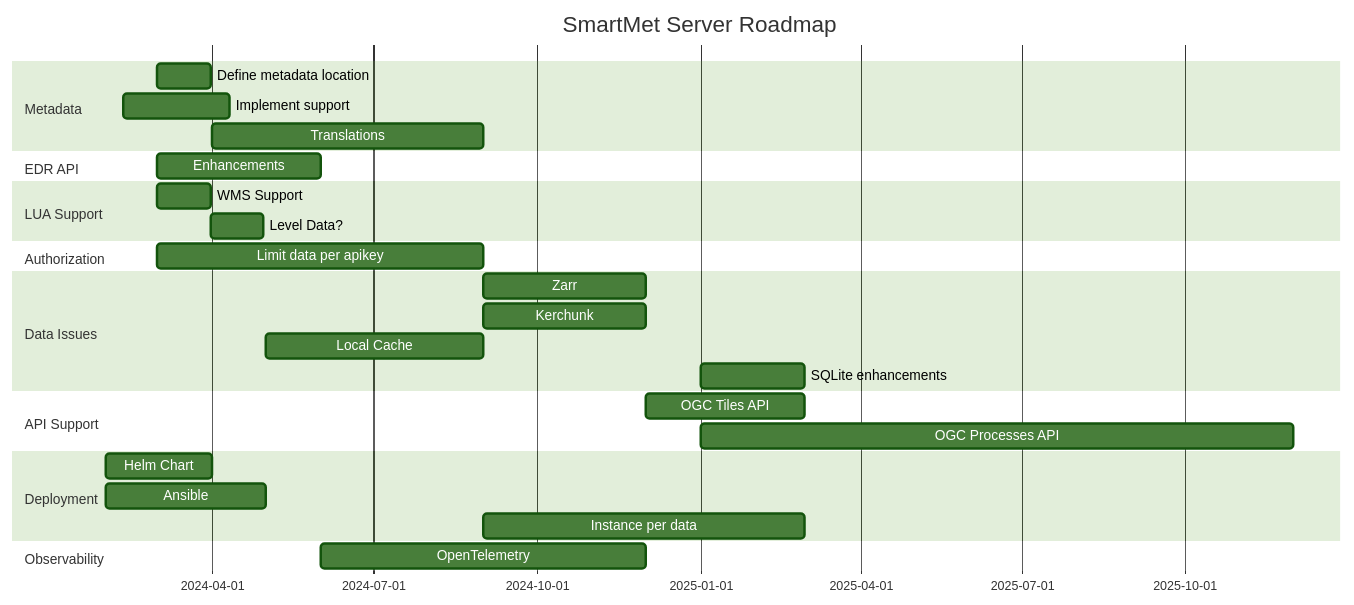
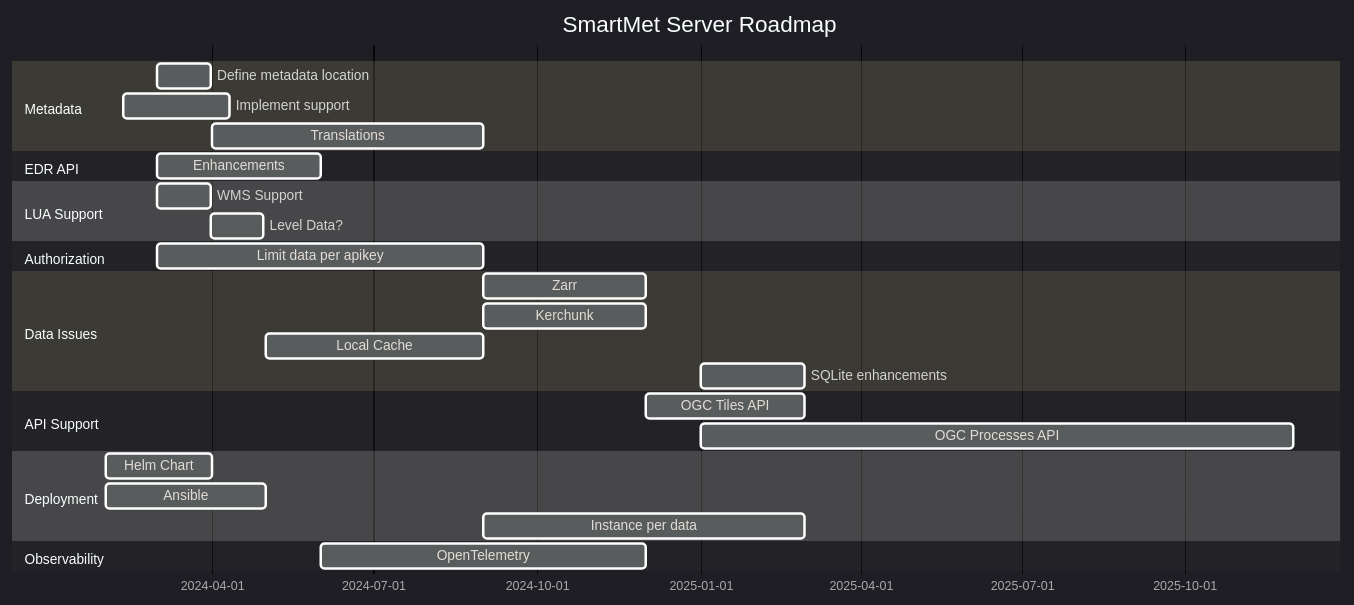
Before and after one commit to oksman/rando-solver: the diagram in mermaid.md, drawn with Mermaid.

````diff
--- a/mermaid.md
+++ b/mermaid.md
@@ -1,33 +1,33 @@
 ```mermaid
-%%{init: {'theme': 'forest' } }%%
+%%{init: {'theme': 'dark' } }%%
 
 gantt
     title SmartMet Server Roadmap
     dateFormat YYYY-MM
     section Metadata
         Define metadata location :define-metadata, 2024-03, 30d
         Implement support :implement-metadata, after define, 60d
         Translations :translations, 2024-04, 2024-09
     section EDR API
         Enhancements :edr-enhancements, 2024-03, 2024-06
     section LUA Support
         WMS Support :lua-wms, 2024-03, 30d
         Level Data?  :after lua-wms, 30d
     section Authorization
         Limit data per apikey :auth-limit, 2024-03, 2024-09
     section Data Issues
         Zarr :zarr, 2024-09, 2024-12
         Kerchunk :kerchunk, 2024-09, 2024-12
         Local Cache :local-cache, 2024-05, 2024-09
         SQLite enhancements :sqlite, 2025-01, 2025-03
     section API Support
         OGC Tiles API :ogc-tiles-api, 2024-12, 2025-03
         OGC Processes API :ogc-processes-api, 2025-01, 2025-12
     section Deployment
         Helm Chart :helm-chart, 2024-02, 2024-04
         Ansible :ansible, 2024-02, 2024-05
         Instance per data :instance-per-data, 2024-09, 2025-03
     section Observability
         OpenTelemetry :opentelemetry, 2024-06, 2024-12
 
 ```
````
